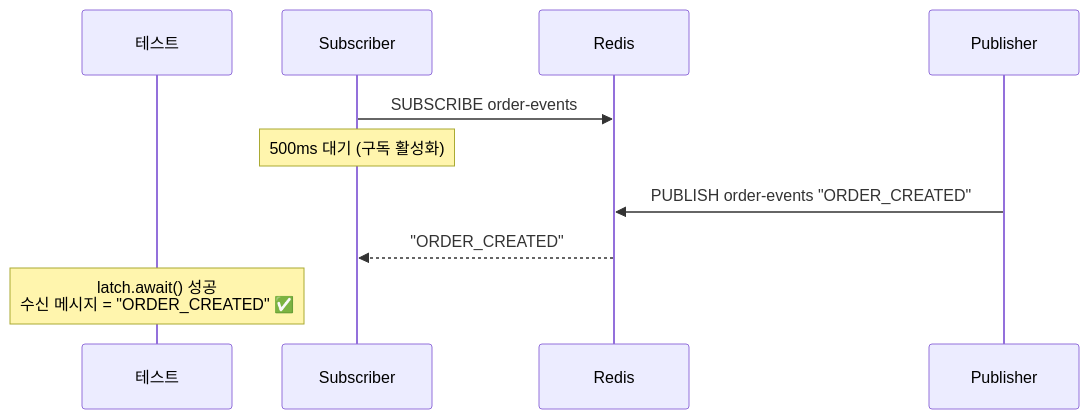
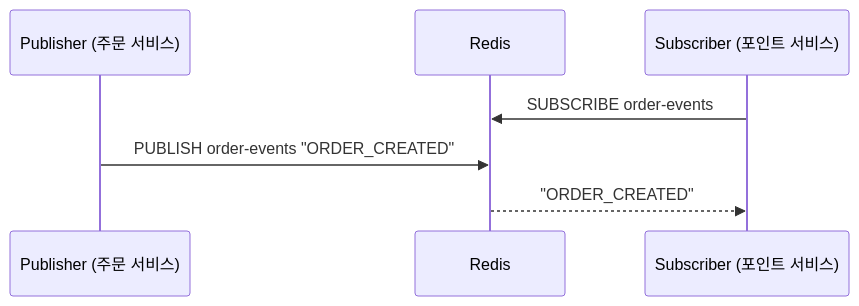
One commit to katiekim17/messaging-lab changed the first of 4 diagrams in src/test/java/com/example/messaging/step4_redis_pubsub/README.md. Above: the diagram before and after it, drawn with Mermaid. The commit also changed other lines of this file, not shown here.

````diff
--- a/src/test/java/com/example/messaging/step4_redis_pubsub/README.md
+++ b/src/test/java/com/example/messaging/step4_redis_pubsub/README.md
@@ -14,15 +28,10 @@
 ```mermaid
 sequenceDiagram
-    participant Test as 테스트
-    participant Sub as Subscriber
+    participant Pub as Publisher (주문 서비스)
     participant Redis as Redis
-    participant Pub as Publisher
+    participant Sub as Subscriber (포인트 서비스)
 
     Sub->>Redis: SUBSCRIBE order-events
-    Note over Sub: 500ms 대기 (구독 활성화)
-
     Pub->>Redis: PUBLISH order-events "ORDER_CREATED"
     Redis-->>Sub: "ORDER_CREATED"
-
-    Note over Test: latch.await() 성공<br/>수신 메시지 = "ORDER_CREATED" ✅
 ```
````
